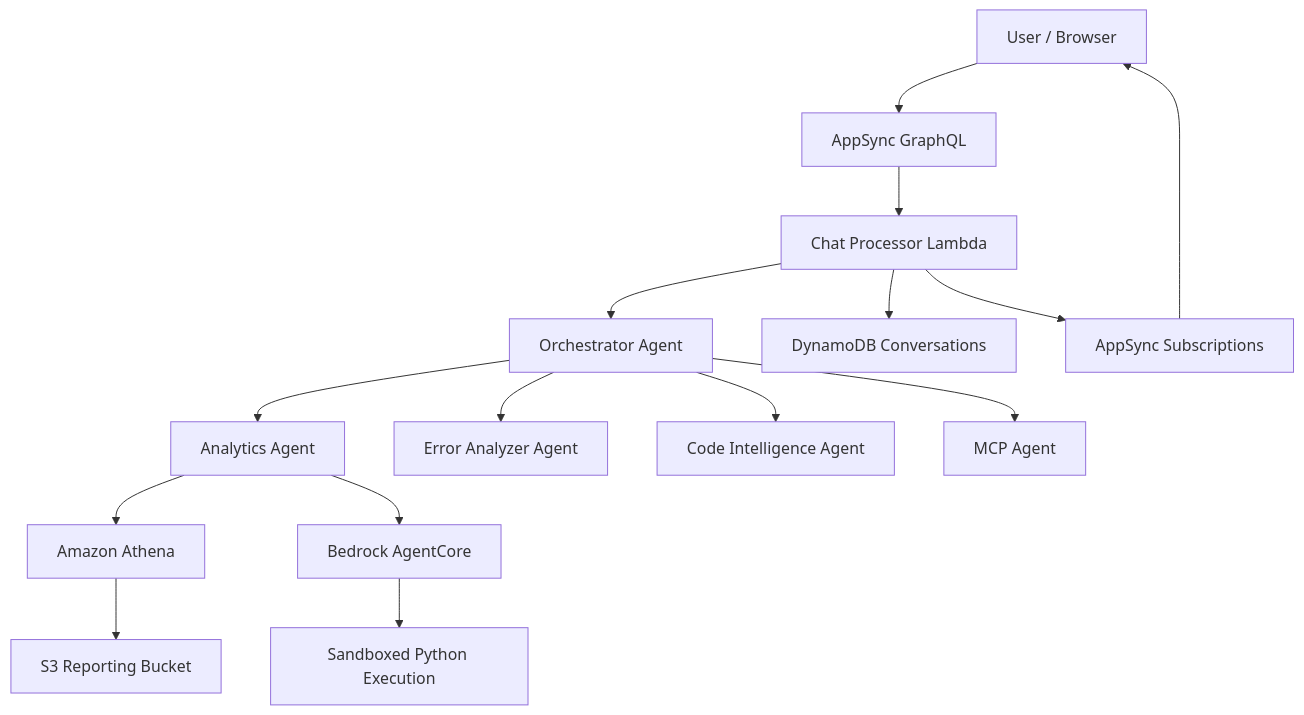
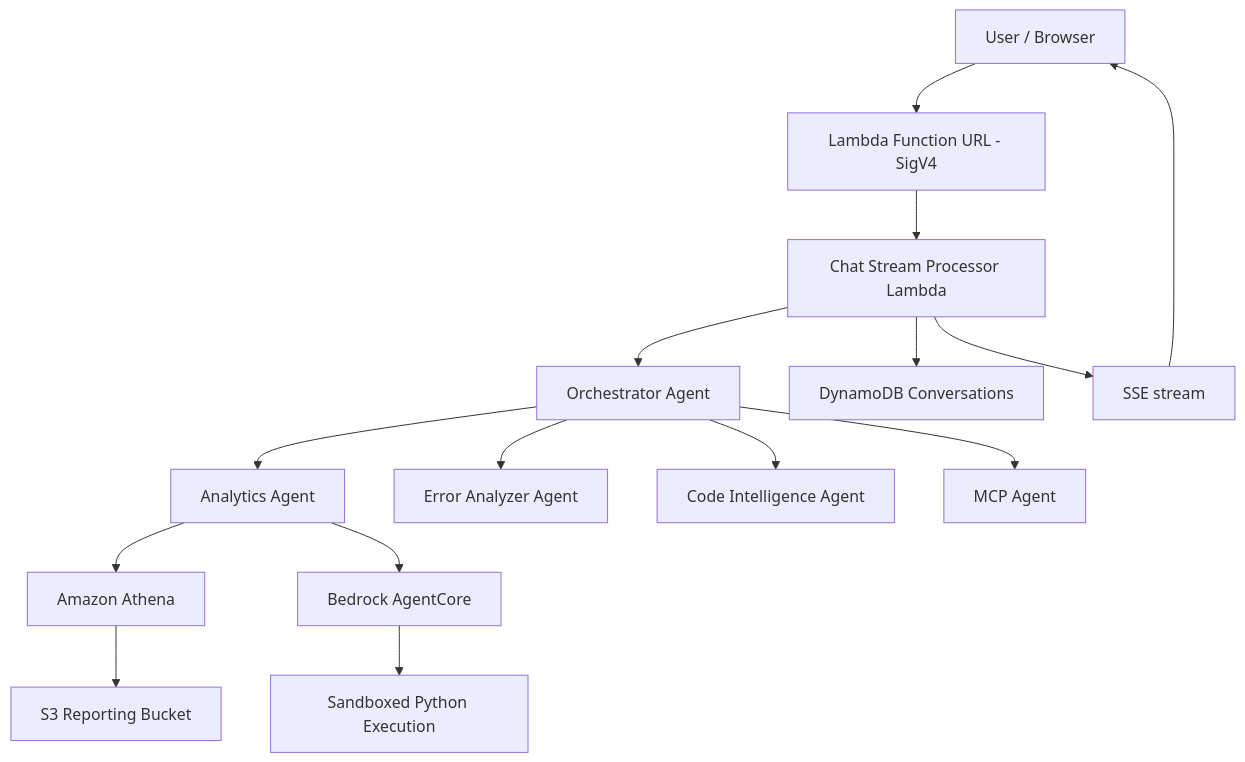
Before and after one commit to aws-samples/sample-genai-idp: the diagram in security/threat-modeling/feature-threats/agent-analysis.md, drawn with Mermaid. The commit also changed other lines of this file and 26 other files, not shown here.

````diff
--- a/security/threat-modeling/feature-threats/agent-analysis.md
+++ b/security/threat-modeling/feature-threats/agent-analysis.md
@@ -25,21 +26,21 @@
 ```mermaid
 flowchart TD
-    User[User / Browser] --> AppSync[AppSync GraphQL]
-    AppSync --> ChatLambda[Chat Processor Lambda]
+    User[User / Browser] --> FURL[Lambda Function URL - SigV4]
+    FURL --> ChatLambda[Chat Stream Processor Lambda]
     ChatLambda --> Orchestrator[Orchestrator Agent]
     
     Orchestrator --> Analytics[Analytics Agent]
     Orchestrator --> ErrorAgent[Error Analyzer Agent]
     Orchestrator --> CodeAgent[Code Intelligence Agent]
     Orchestrator --> MCPAgent[MCP Agent]
     
     Analytics --> Athena[Amazon Athena]
     Analytics --> AgentCore[Bedrock AgentCore]
     AgentCore --> CodeExec[Sandboxed Python Execution]
     
     Athena --> S3Report[S3 Reporting Bucket]
     
     ChatLambda --> DDB[DynamoDB Conversations]
-    ChatLambda --> AppSyncSub[AppSync Subscriptions]
-    AppSyncSub --> User
+    ChatLambda --> SSE[SSE stream]
+    SSE --> User
 ```
````
